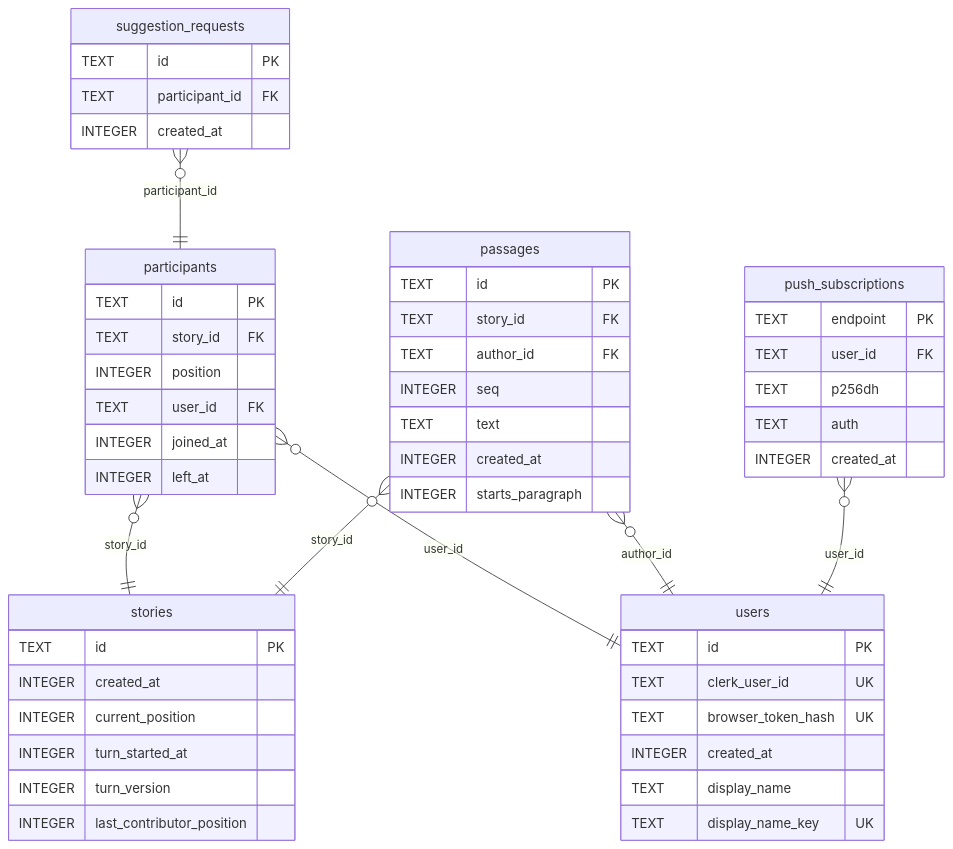
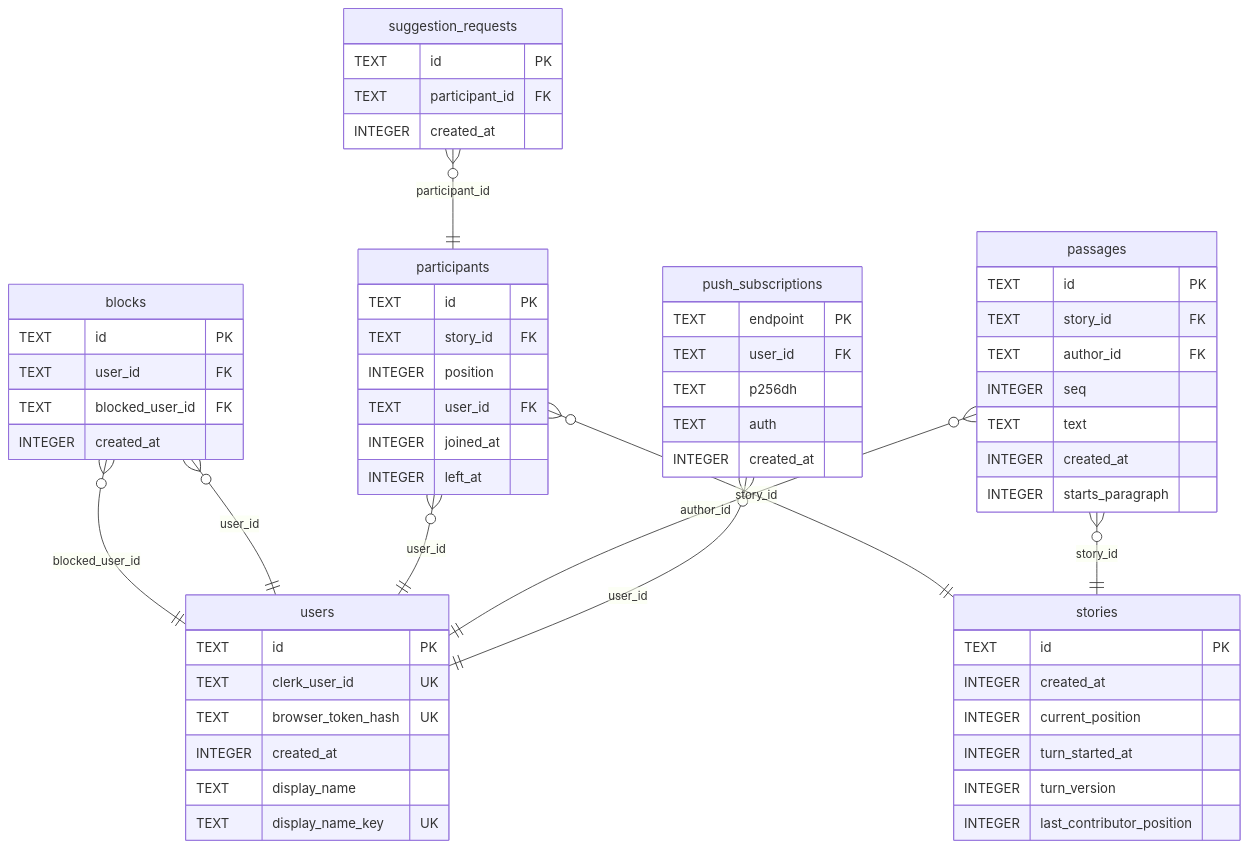
The diagram in docs/database.md (ebh/andthen), drawn with Mermaid before and after one commit. The commit also changed other lines of this file and 4 other files, not shown here.

````diff
--- a/docs/database.md
+++ b/docs/database.md
@@ -11,54 +11,62 @@
 ```mermaid
 erDiagram
+  blocks {
+    TEXT id PK
+    TEXT user_id FK
+    TEXT blocked_user_id FK
+    INTEGER created_at
+  }
   participants {
     TEXT id PK
     TEXT story_id FK
     INTEGER position
     TEXT user_id FK
     INTEGER joined_at
     INTEGER left_at
   }
   passages {
     TEXT id PK
     TEXT story_id FK
     TEXT author_id FK
     INTEGER seq
     TEXT text
     INTEGER created_at
     INTEGER starts_paragraph
   }
   push_subscriptions {
     TEXT endpoint PK
     TEXT user_id FK
     TEXT p256dh
     TEXT auth
     INTEGER created_at
   }
   stories {
     TEXT id PK
     INTEGER created_at
     INTEGER current_position
     INTEGER turn_started_at
     INTEGER turn_version
     INTEGER last_contributor_position
   }
   suggestion_requests {
     TEXT id PK
     TEXT participant_id FK
     INTEGER created_at
   }
   users {
     TEXT id PK
     TEXT clerk_user_id UK
     TEXT browser_token_hash UK
     INTEGER created_at
     TEXT display_name
     TEXT display_name_key UK
   }
+  blocks }o--|| users : "blocked_user_id"
+  blocks }o--|| users : "user_id"
   participants }o--|| stories : "story_id"
   participants }o--|| users : "user_id"
   passages }o--|| users : "author_id"
   passages }o--|| stories : "story_id"
   push_subscriptions }o--|| users : "user_id"
   suggestion_requests }o--|| participants : "participant_id"
 ```
````
